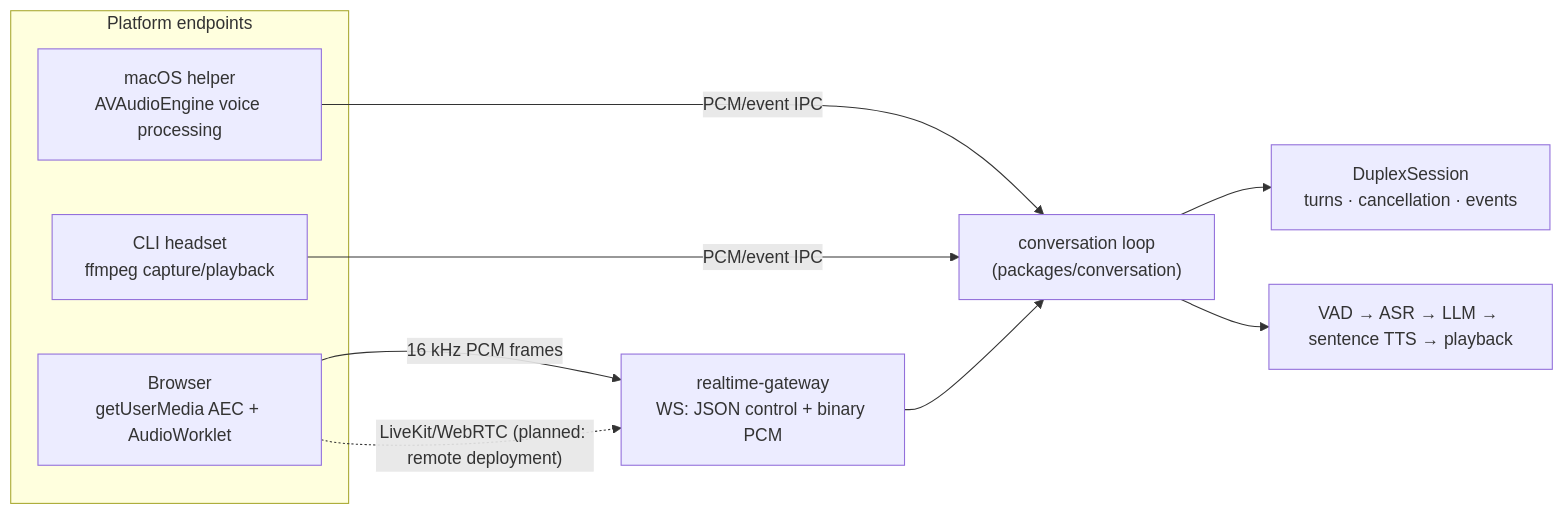
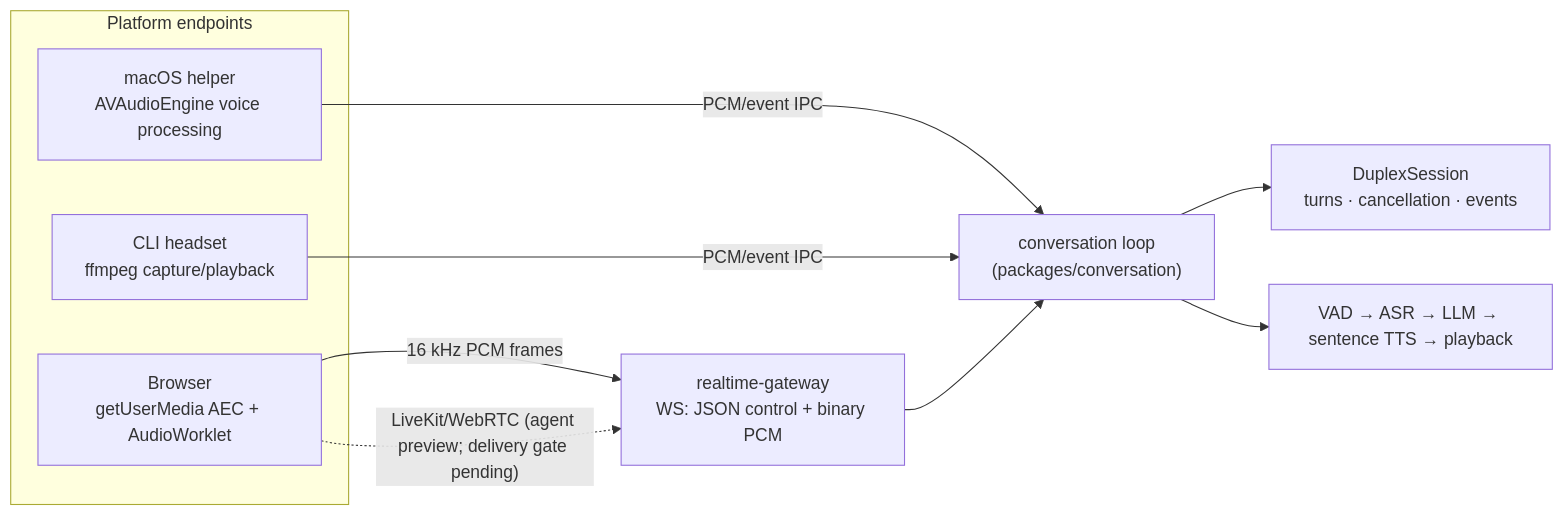
The first of 2 diagrams in docs/duplex-audio-architecture.md (liuzl/voxstudio), drawn with Mermaid before and after one commit. The commit also changed other lines of this file and 4 other files, not shown here.

Commit message:
docs: reconcile retained-audio replay and LiveKit transport status

````diff
--- a/docs/duplex-audio-architecture.md
+++ b/docs/duplex-audio-architecture.md
@@ -58,18 +59,18 @@
 ```mermaid
 flowchart LR
   subgraph endpoints["Platform endpoints"]
     MAC["macOS helper<br/>AVAudioEngine voice processing"]
     HEADSET["CLI headset<br/>ffmpeg capture/playback"]
     BROWSER["Browser<br/>getUserMedia AEC + AudioWorklet"]
   end
   GW["realtime-gateway<br/>WS: JSON control + binary PCM"]
   CONV["conversation loop<br/>(packages/conversation)"]
   DS["DuplexSession<br/>turns · cancellation · events"]
   PIPE["VAD → ASR → LLM → sentence TTS → playback"]
   MAC -->|"PCM/event IPC"| CONV
   HEADSET -->|"PCM/event IPC"| CONV
   BROWSER -->|"16 kHz PCM frames"| GW --> CONV
-  BROWSER -.->|"LiveKit/WebRTC (planned: remote deployment)"| GW
+  BROWSER -.->|"LiveKit/WebRTC (agent preview; delivery gate pending)"| GW
   CONV --> DS
   CONV --> PIPE
 ```
````
